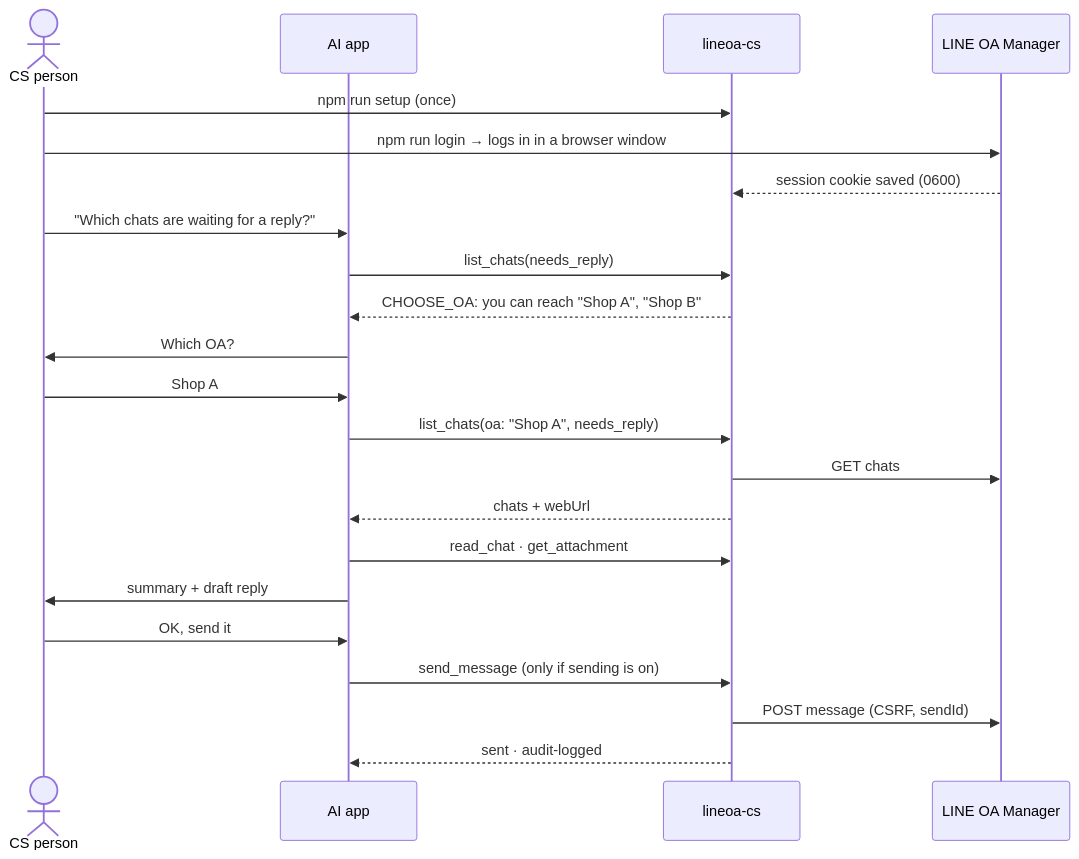
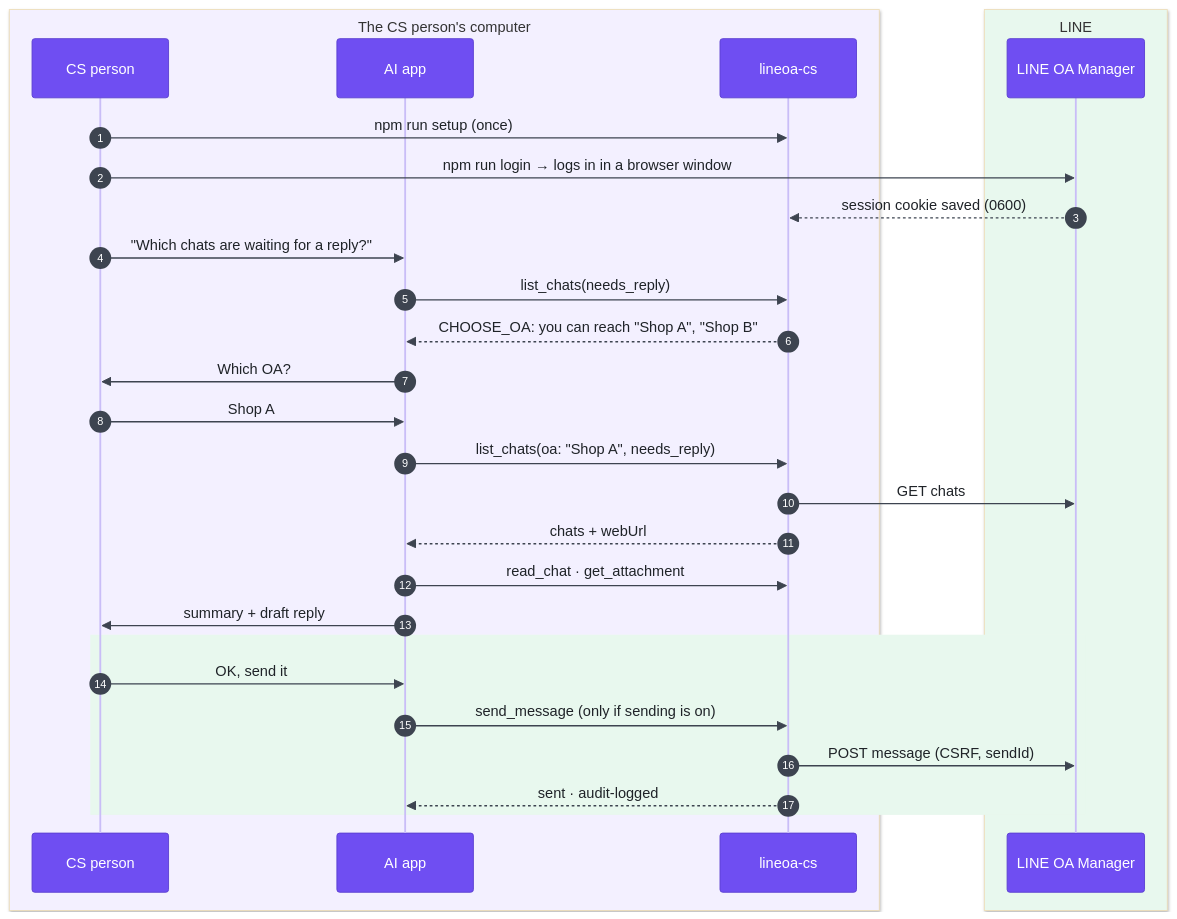
Before and after one commit to Jamamaboy/lineoa-cs-mcp: the diagram in README.md, drawn with Mermaid.

Commit message:
docs: theme the README sequence diagram in the same colours
Purple participants, numbered steps, the computer and LINE as boxes, the send part highlighted green.

````diff
--- a/README.md
+++ b/README.md
@@ -42,24 +42,32 @@
 ```mermaid
+%%{init: {'theme':'base','themeVariables':{'fontFamily':'Helvetica,Arial,sans-serif','actorBkg':'#6f4ef2','actorBorder':'#5b3fd1','actorTextColor':'#ffffff','actorLineColor':'#c9bdf7','signalColor':'#3d4450','signalTextColor':'#1f2328','sequenceNumberColor':'#ffffff','noteBkgColor':'#e8f8ee','noteBorderColor':'#06c755','noteTextColor':'#1f2328'}}}%%
 sequenceDiagram
-  actor CS as CS person
+  autonumber
+  box rgb(243,240,255) The CS person's computer
+  participant CS as CS person
   participant AI as AI app
   participant M as lineoa-cs
+  end
+  box rgb(232,248,238) LINE
   participant L as LINE OA Manager
+  end
   CS->>M: npm run setup (once)
   CS->>L: npm run login → logs in in a browser window
   L-->>M: session cookie saved (0600)
   CS->>AI: "Which chats are waiting for a reply?"
   AI->>M: list_chats(needs_reply)
   M-->>AI: CHOOSE_OA: you can reach "Shop A", "Shop B"
   AI->>CS: Which OA?
   CS->>AI: Shop A
   AI->>M: list_chats(oa: "Shop A", needs_reply)
   M->>L: GET chats
   M-->>AI: chats + webUrl
   AI->>M: read_chat · get_attachment
   AI->>CS: summary + draft reply
-  CS->>AI: OK, send it
-  AI->>M: send_message (only if sending is on)
-  M->>L: POST message (CSRF, sendId)
-  M-->>AI: sent · audit-logged
+  rect rgb(232,248,238)
+    CS->>AI: OK, send it
+    AI->>M: send_message (only if sending is on)
+    M->>L: POST message (CSRF, sendId)
+    M-->>AI: sent · audit-logged
+  end
 ```
````
